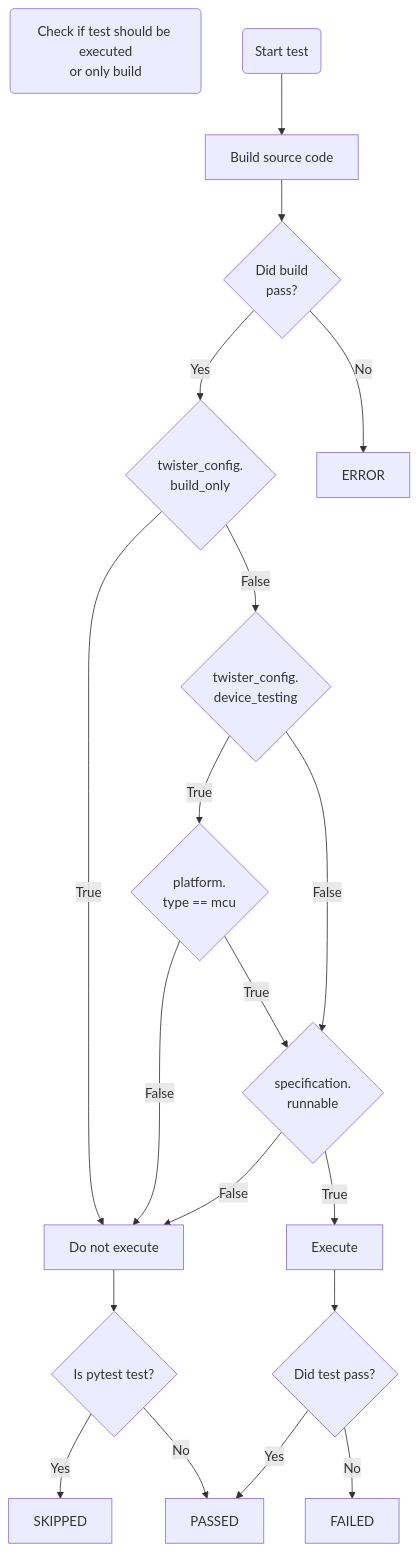
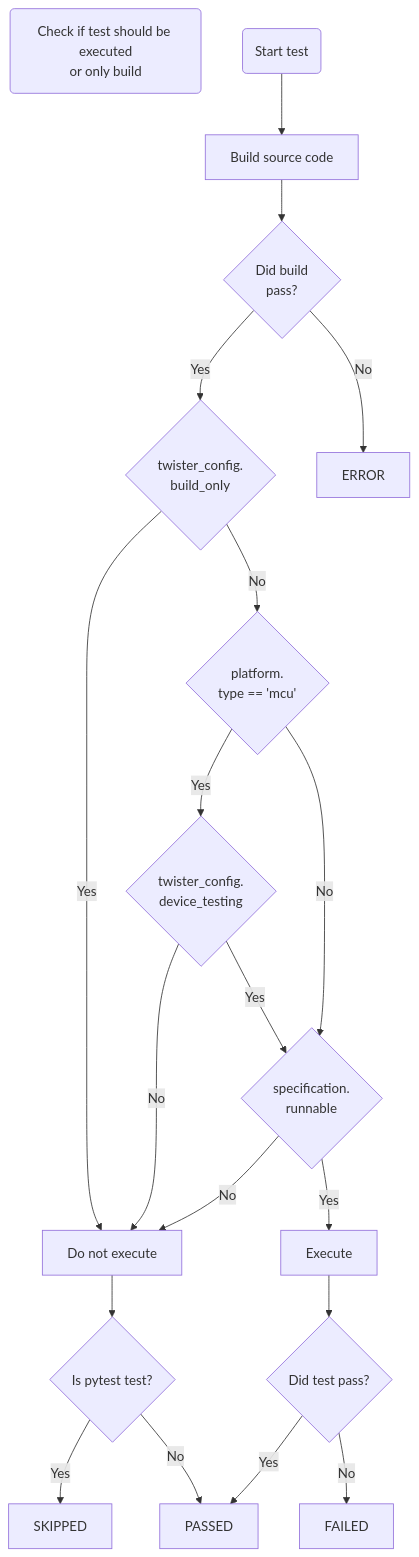
Before and after one commit to fundakol/twister: the diagram in docs/flowchart.md, drawn with Mermaid.

Commit message:
update flowchart

````diff
--- a/docs/flowchart.md
+++ b/docs/flowchart.md
@@ -6,22 +6,22 @@
 ```mermaid
 flowchart TD
     id1(Check if test should be executed\nor only build)
     S(Start test) --> BUILD
     BUILD[Build source code] --> DID_BUILD_PASS
     DID_BUILD_PASS{Did build\npass?} -- Yes --> IS_BUILD_ONLY
     DID_BUILD_PASS -- No --> ERROR
-    IS_BUILD_ONLY{twister_config.\nbuild_only} -- True --> DO_NOT_EXECUTE[Do not execute]
-    IS_BUILD_ONLY -- False --> IS_DEVICE_TESTING{"twister_config.\ndevice_testing"}
-    IS_DEVICE_TESTING -- True --> IS_TYPE_MCU{platform.\ntype == mcu}
-    IS_DEVICE_TESTING -- False --> RUNNABLE{specification.\nrunnable}
-    IS_TYPE_MCU -- False --> DO_NOT_EXECUTE
-    IS_TYPE_MCU -- True --> RUNNABLE
-    RUNNABLE -->|False| DO_NOT_EXECUTE
-    RUNNABLE -->|True| EXECUTE[Execute]
-    DO_NOT_EXECUTE --> IS_PYTEST
-    IS_PYTEST{Is pytest test?} -->|Yes| SKIP[SKIPPED]
+    IS_BUILD_ONLY{twister_config.\nbuild_only} -- Yes --> DO_NOT_EXECUTE
+    IS_BUILD_ONLY -- No --> IS_TYPE_MCU
+    IS_DEVICE_TESTING{"twister_config.\ndevice_testing"} -- No --> DO_NOT_EXECUTE
+    IS_DEVICE_TESTING -- Yes --> IS_RUNNABLE
+    IS_TYPE_MCU{platform.\ntype == 'mcu'} -- No --> IS_RUNNABLE
+    IS_TYPE_MCU -- Yes --> IS_DEVICE_TESTING
+    IS_RUNNABLE{specification.\nrunnable} -->|No| DO_NOT_EXECUTE
+    IS_RUNNABLE -->|Yes| EXECUTE[Execute]
+    DO_NOT_EXECUTE[Do not execute] --> IS_PYTEST
+    IS_PYTEST{Is pytest test?} -- Yes --> SKIP[SKIPPED]
     IS_PYTEST -->|No| PASSED[PASSED]
     EXECUTE --> DID_TEST_PASS{Did test pass?}
     DID_TEST_PASS -- Yes --> PASSED
     DID_TEST_PASS -- No --> FAILED
 ```
````
